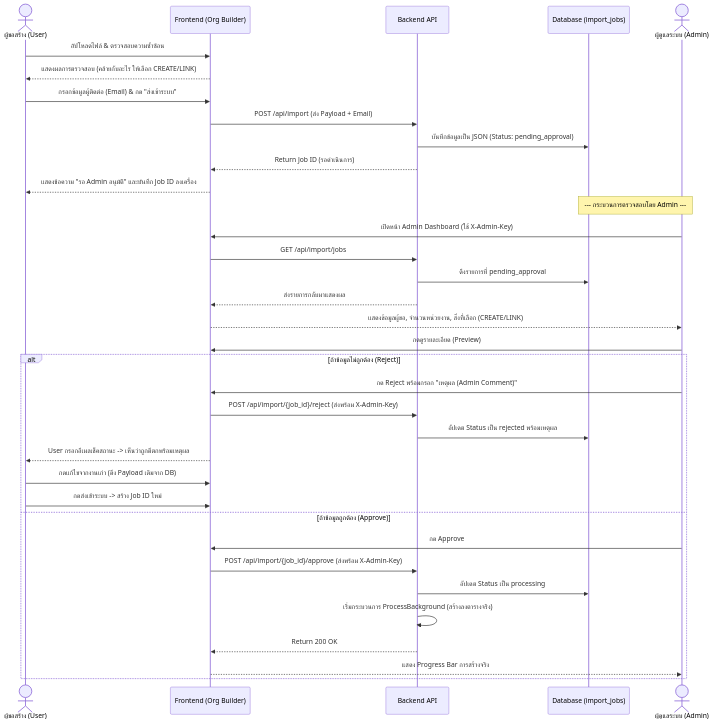
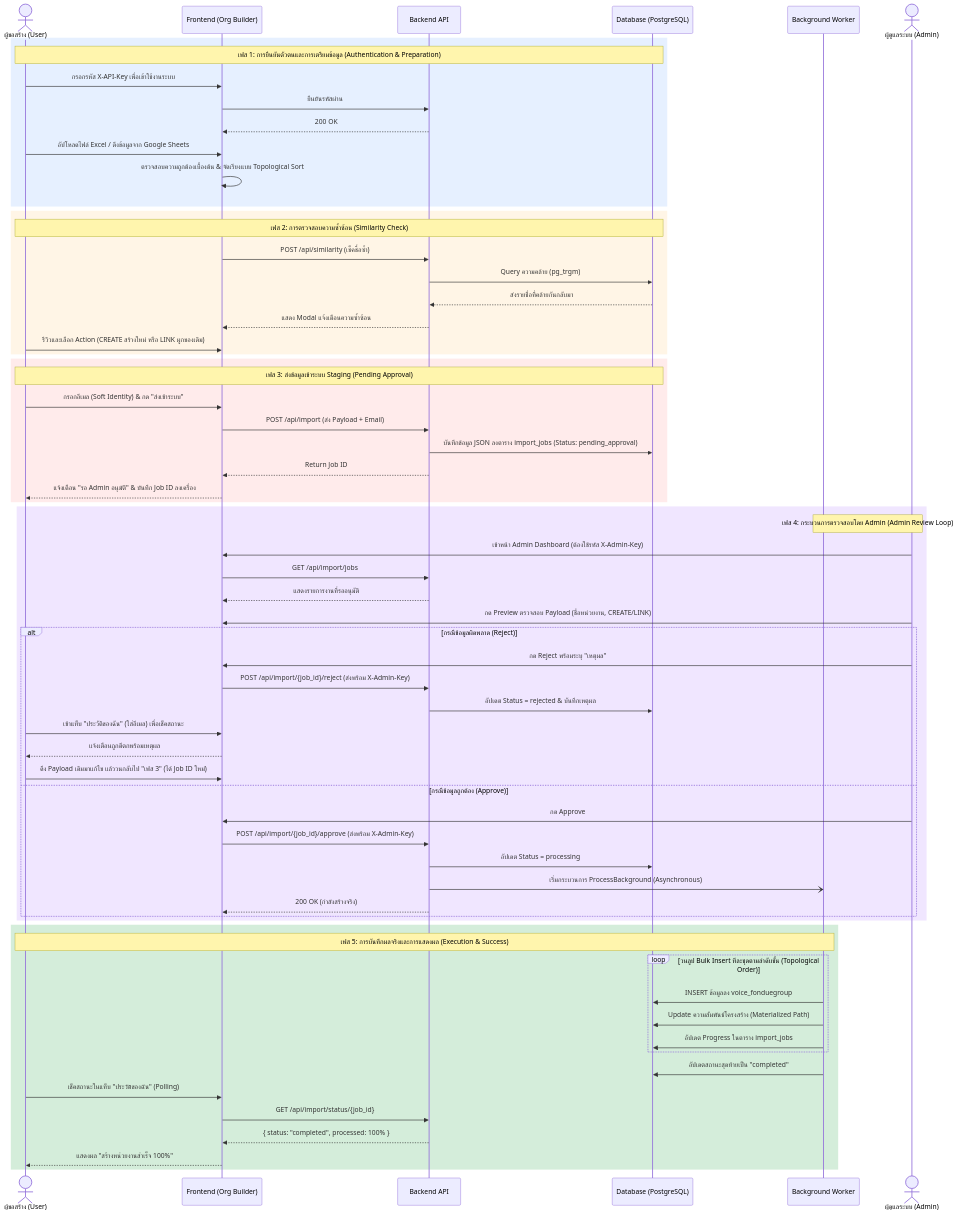
The second of 2 diagrams in README.md (traffy-nectec/org-chart-creation), drawn with Mermaid before and after one commit. The commit also changed other lines of this file, not shown here.

Commit message:
docs: combine into single master e2e sequence diagram

````diff
--- a/README.md
+++ b/README.md
@@ -208,41 +163,74 @@
 ```mermaid
 sequenceDiagram
     actor User as ผู้ขอสร้าง (User)
     participant UI as Frontend (Org Builder)
     participant API as Backend API
-    participant DB as Database (import_jobs)
+    participant DB as Database (PostgreSQL)
+    participant Worker as Background Worker
     actor Admin as ผู้ดูแลระบบ (Admin)
 
-    User->>UI: อัปโหลดไฟล์ & ตรวจสอบความซ้ำซ้อน
-    UI-->>User: แสดงผลการตรวจสอบ (คล้ายกับอะไร ให้เลือก CREATE/LINK)
-    User->>UI: กรอกข้อมูลผู้ติดต่อ (Email) & กด "ส่งเข้าระบบ"
+    rect rgb(230, 240, 255)
+    Note over User, DB: เฟส 1: การยืนยันตัวตนและการเตรียมข้อมูล (Authentication & Preparation)
+    User->>UI: กรอกรหัส X-API-Key เพื่อเข้าใช้งานระบบ
+    UI->>API: ยืนยันรหัสผ่าน
+    API-->>UI: 200 OK
+    User->>UI: อัปโหลดไฟล์ Excel / ดึงข้อมูลจาก Google Sheets
+    UI->>UI: ตรวจสอบความถูกต้องเบื้องต้น & จัดเรียงแบบ Topological Sort
+    end
+
+    rect rgb(255, 245, 230)
+    Note over User, DB: เฟส 2: การตรวจสอบความซ้ำซ้อน (Similarity Check)
+    UI->>API: POST /api/similarity (เช็คชื่อซ้ำ)
+    API->>DB: Query ความคล้าย (pg_trgm)
+    DB-->>API: ส่งรายชื่อที่คล้ายกันกลับมา
+    API-->>UI: แสดง Modal แจ้งเตือนความซ้ำซ้อน
+    User->>UI: รีวิวและเลือก Action (CREATE สร้างใหม่ หรือ LINK ผูกของเดิม)
+    end
+
+    rect rgb(255, 235, 235)
+    Note over User, DB: เฟส 3: ส่งข้อมูลเข้าระบบ Staging (Pending Approval)
+    User->>UI: กรอกอีเมล (Soft Identity) & กด "ส่งเข้าระบบ"
     UI->>API: POST /api/import (ส่ง Payload + Email)
-    API->>DB: บันทึกข้อมูลเป็น JSON (Status: pending_approval)
-    API-->>UI: Return Job ID (รอดำเนินการ)
-    UI-->>User: แสดงข้อความ "รอ Admin อนุมัติ" และบันทึก Job ID ลงเครื่อง
+    API->>DB: บันทึกข้อมูล JSON ลงตาราง import_jobs (Status: pending_approval)
+    API-->>UI: Return Job ID
+    UI-->>User: แจ้งเตือน "รอ Admin อนุมัติ" & บันทึก Job ID ลงเครื่อง
+    end
+
+    rect rgb(240, 230, 255)
+    Note over Admin, Worker: เฟส 4: กระบวนการตรวจสอบโดย Admin (Admin Review Loop)
+    Admin->>UI: เข้าหน้า Admin Dashboard (ต้องใช้รหัส X-Admin-Key)
+    UI->>API: GET /api/import/jobs
+    API-->>UI: แสดงรายการงานที่รออนุมัติ
+    Admin->>UI: กด Preview ตรวจสอบ Payload (ชื่อหน่วยงาน, CREATE/LINK)
     
-    note over Admin,DB: --- กระบวนการตรวจสอบโดย Admin ---
-    
-    Admin->>UI: เปิดหน้า Admin Dashboard (ใช้ X-Admin-Key)
-    UI->>API: GET /api/import/jobs
-    API->>DB: ดึงรายการที่ pending_approval
-    API-->>UI: ส่งรายการกลับมาแสดงผล
-    UI-->>Admin: แสดงข้อมูลผู้ขอ, จำนวนหน่วยงาน, สิ่งที่เลือก (CREATE/LINK)
-    Admin->>UI: กดดูรายละเอียด (Preview)
-    
-    alt ถ้าข้อมูลไม่ถูกต้อง (Reject)
-        Admin->>UI: กด Reject พร้อมกรอก "เหตุผล (Admin Comment)"
+    alt กรณีข้อมูลผิดพลาด (Reject)
+        Admin->>UI: กด Reject พร้อมระบุ "เหตุผล"
         UI->>API: POST /api/import/{job_id}/reject (ส่งพร้อม X-Admin-Key)
-        API->>DB: อัปเดต Status เป็น rejected พร้อมเหตุผล
-        UI-->>User: User กรอกอีเมลเช็คสถานะ -> เห็นว่าถูกตีตกพร้อมเหตุผล
-        User->>UI: กดแก้ไขจากงานเก่า (ดึง Payload เดิมจาก DB)
-        User->>UI: กดส่งเข้าระบบ -> สร้าง Job ID ใหม่
-    else ถ้าข้อมูลถูกต้อง (Approve)
+        API->>DB: อัปเดต Status = rejected & บันทึกเหตุผล
+        User->>UI: เข้าแท็บ "ประวัติของฉัน" (ใส่อีเมล) เพื่อเช็คสถานะ
+        UI-->>User: แจ้งเตือนถูกตีตกพร้อมเหตุผล
+        User->>UI: ดึง Payload เดิมมาแก้ไข แล้ววนกลับไป "เฟส 3" (ได้ Job ID ใหม่)
+    else กรณีข้อมูลถูกต้อง (Approve)
         Admin->>UI: กด Approve
         UI->>API: POST /api/import/{job_id}/approve (ส่งพร้อม X-Admin-Key)
-        API->>DB: อัปเดต Status เป็น processing
-        API->>API: เริ่มกระบวนการ ProcessBackground (สร้างลงตารางจริง)
-        API-->>UI: Return 200 OK
-        UI-->>Admin: แสดง Progress Bar การสร้างจริง
+        API->>DB: อัปเดต Status = processing
+        API-)Worker: เริ่มกระบวนการ ProcessBackground (Asynchronous)
+        API-->>UI: 200 OK (กำลังสร้างจริง)
+    end
+    end
+
+    rect rgb(212, 237, 218)
+    Note over User, Worker: เฟส 5: การบันทึกผลจริงและการแสดงผล (Execution & Success)
+    loop วนลูป Bulk Insert ทีละชุดตามลำดับชั้น (Topological Order)
+        Worker->>DB: INSERT ข้อมูลลง voice_fonduegroup
+        Worker->>DB: Update ความสัมพันธ์โครงสร้าง (Materialized Path)
+        Worker->>DB: อัปเดต Progress ในตาราง import_jobs
+    end
+    Worker->>DB: อัปเดตสถานะสุดท้ายเป็น "completed"
+    
+    User->>UI: เช็คสถานะในแท็บ "ประวัติของฉัน" (Polling)
+    UI->>API: GET /api/import/status/{job_id}
+    API-->>UI: { status: "completed", processed: 100% }
+    UI-->>User: แสดงผล "สร้างหน่วยงานสำเร็จ 100%"
     end
 ```
````
